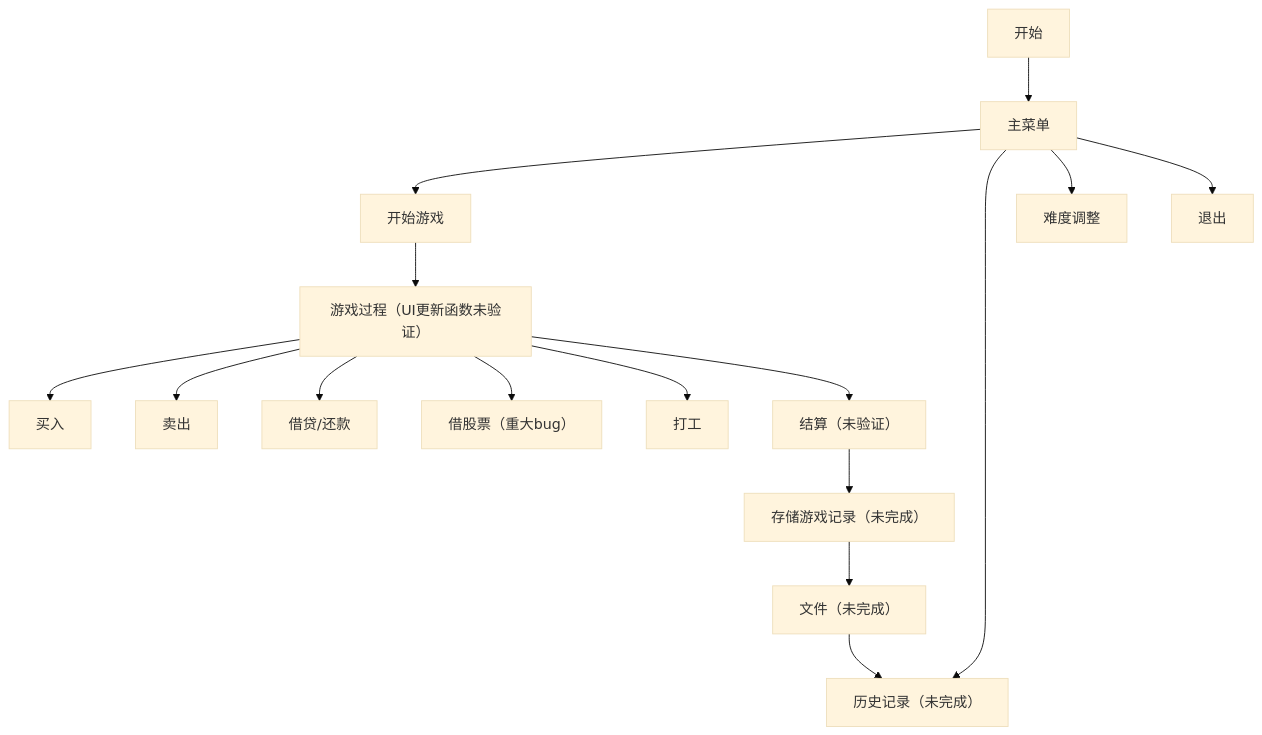
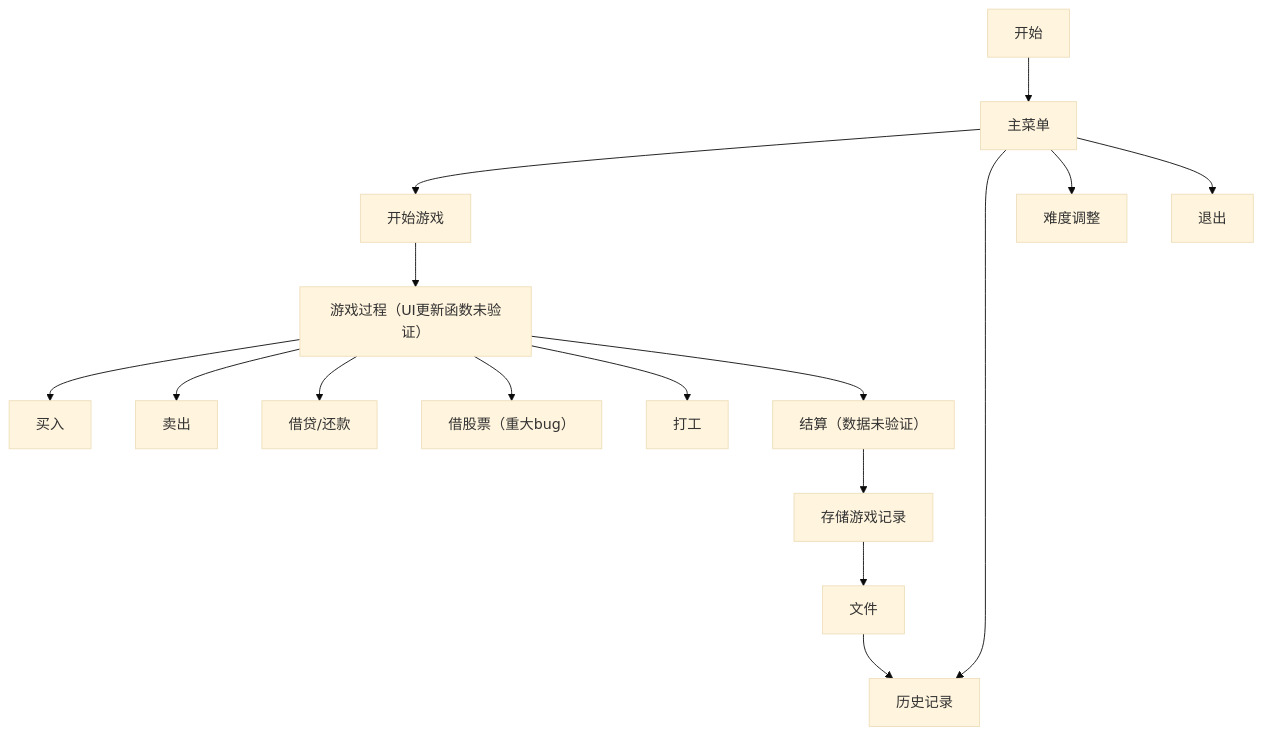
The diagram in 游戏程序结构.md (square-235/TradingSimulator), drawn with Mermaid (base theme) before and after one commit. The commit also changed other lines of this file and 10 other files, not shown here.

````diff
--- a/游戏程序结构.md
+++ b/游戏程序结构.md
@@ -3,14 +3,14 @@
 ```mermaid
 graph TD
     A[开始]--> B[主菜单]--> C[开始游戏]
-    B-->D[历史记录（未完成）]
+    B-->D[历史记录]
     B-->E[难度调整]
     B-->F[退出]
     C-->G[游戏过程（UI更新函数未验证）]
     G-->H[买入]
     G-->I[卖出]
     G-->J[借贷/还款]
     G-->K[借股票（重大bug）]
     G-->L[打工]
-    G-->M[结算（未验证）]-->N[存储游戏记录（未完成）]-->O[文件（未完成）]-->D
+    G-->M[结算（数据未验证）]-->N[存储游戏记录]-->O[文件]-->D
 ```
````
